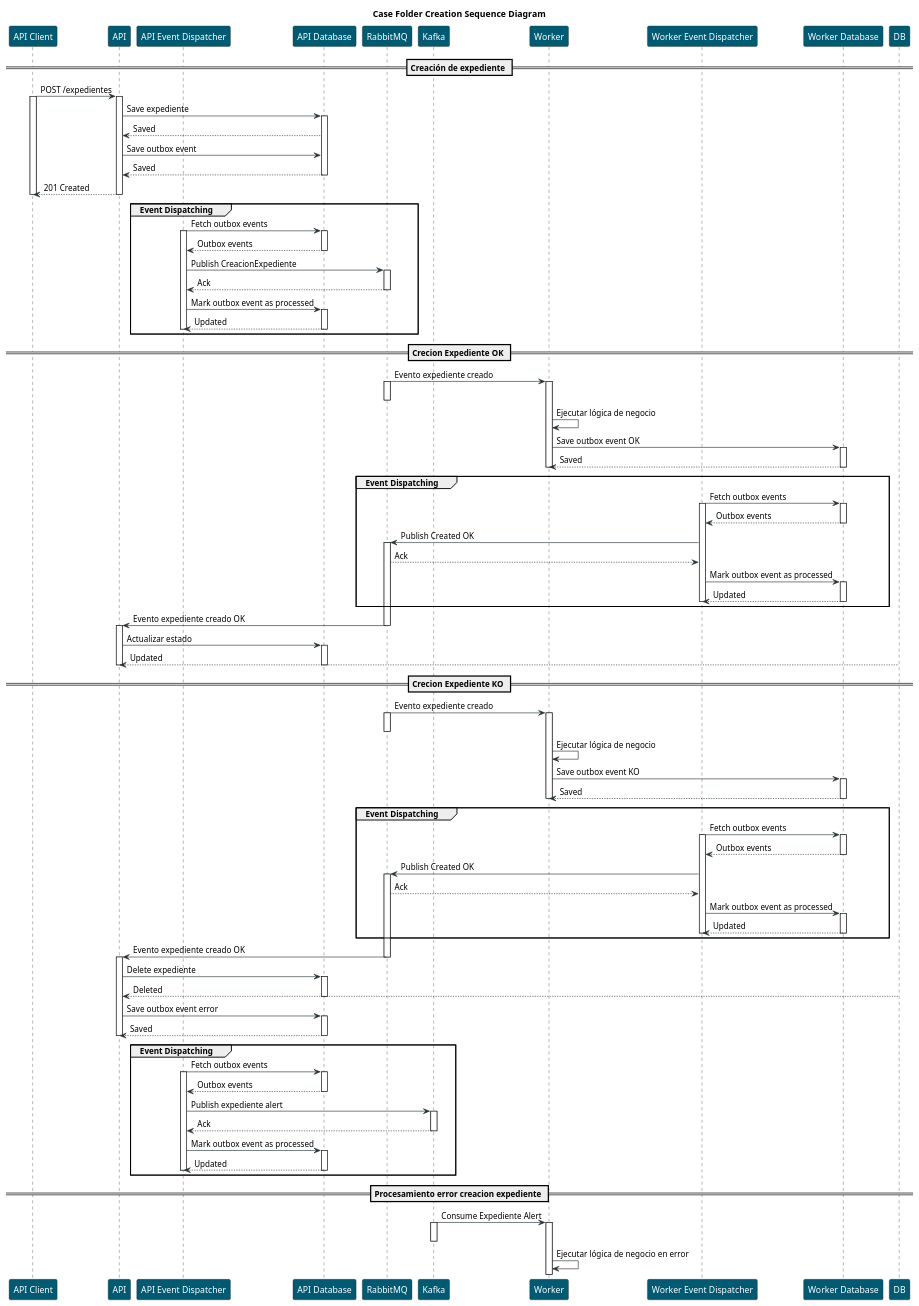
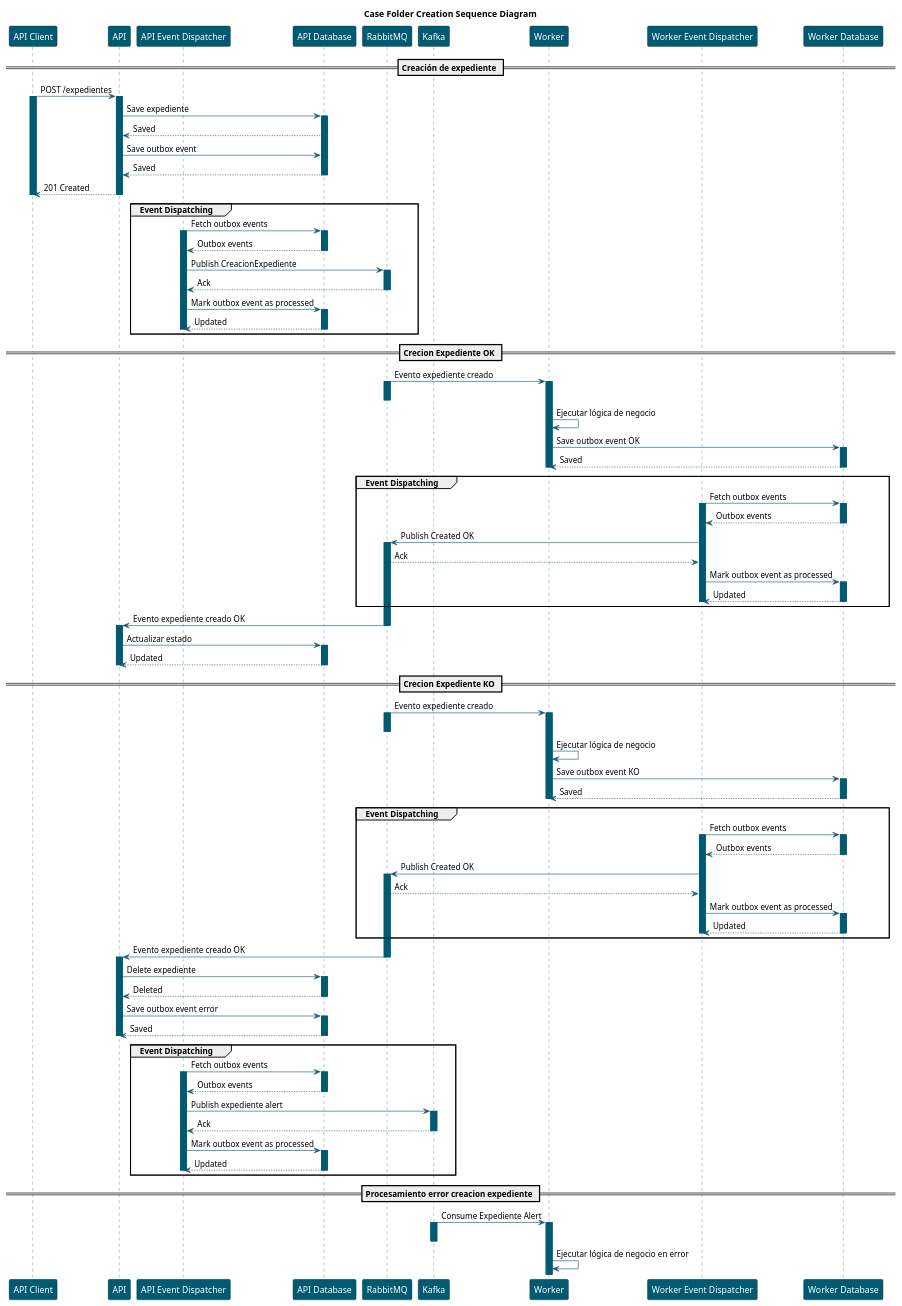
The diagram in diagrams/creacion-expediente-sequence.plantuml (labcabrera/sample-jakarta-basic-saga), drawn with PlantUML before and after one commit. The commit also changed 1 other file, not shown here.

Commit message:
Updated diagram.

```diff
--- a/diagrams/creacion-expediente-sequence.plantuml
+++ b/diagrams/creacion-expediente-sequence.plantuml
@@ -1,156 +1,160 @@
 @startuml Case Folder Creation Sequence Diagram
 title Case Folder Creation Sequence Diagram
 
-skinparam ParticipantBackgroundColor #005b72
-skinparam ParticipantFontColor #ffffff
-skinparam ArrowColor #263236
+skinparam sequence {
+    ParticipantBackgroundColor #005b72
+    ParticipantFontColor #ffffff
+    ArrowColor #235872
+    LifeLineBorderColor #005b72
+    LifeLineBackgroundColor #005b72
+}
 
 participant "API Client" as Client
 participant "API" as API
 participant "API Event Dispatcher" as ApiEventDispatcher
 participant "API Database" as ApiDB
 participant "RabbitMQ" as Rabbit
 participant "Kafka" as Kafka
 participant "Worker" as Worker
 participant "Worker Event Dispatcher" as WorkerEventDispatcher
 participant "Worker Database" as WorkerDB
 
 == Creación de expediente ==
 
 Client -> API: POST /expedientes
 activate Client
 activate API
 API -> ApiDB: Save expediente
 activate ApiDB
 ApiDB --> API: Saved
 API -> ApiDB: Save outbox event
 ApiDB --> API: Saved
 deactivate ApiDB
 API --> Client: 201 Created
 deactivate API
 deactivate Client
 
 group Event Dispatching
     ApiEventDispatcher -> ApiDB: Fetch outbox events
     activate ApiEventDispatcher
     activate ApiDB
     ApiDB --> ApiEventDispatcher: Outbox events
     deactivate ApiDB
     ApiEventDispatcher -> Rabbit: Publish CreacionExpediente
     activate Rabbit
     Rabbit --> ApiEventDispatcher: Ack
     deactivate Rabbit
     ApiEventDispatcher -> ApiDB: Mark outbox event as processed
     activate ApiDB
     ApiDB --> ApiEventDispatcher: Updated
     deactivate ApiDB
     deactivate ApiEventDispatcher
 end
 
 == Crecion Expediente OK ==
 
 Rabbit -> Worker: Evento expediente creado
 activate Rabbit
 deactivate Rabbit
 activate Worker
 Worker -> Worker: Ejecutar lógica de negocio
 Worker -> WorkerDB: Save outbox event OK
 activate WorkerDB
 WorkerDB --> Worker: Saved
 deactivate WorkerDB
 deactivate Worker
 
 group Event Dispatching
     WorkerEventDispatcher -> WorkerDB: Fetch outbox events
     activate WorkerEventDispatcher
     activate WorkerDB
     WorkerDB --> WorkerEventDispatcher: Outbox events
     deactivate WorkerDB
     WorkerEventDispatcher -> Rabbit: Publish Created OK
     activate Rabbit
     Rabbit --> WorkerEventDispatcher: Ack
     WorkerEventDispatcher -> WorkerDB: Mark outbox event as processed
     activate WorkerDB
     WorkerDB --> WorkerEventDispatcher: Updated
     deactivate WorkerEventDispatcher
     deactivate WorkerDB
 end
 
 Rabbit -> API: Evento expediente creado OK
 deactivate Rabbit
 activate API
 API -> ApiDB: Actualizar estado
 activate ApiDB
-DB --> API: Updated
+ApiDB --> API: Updated
 deactivate ApiDB
 deactivate API
 
 == Crecion Expediente KO ==
 
 Rabbit -> Worker: Evento expediente creado
 activate Rabbit
 deactivate Rabbit
 activate Worker
 Worker -> Worker: Ejecutar lógica de negocio
 Worker -> WorkerDB: Save outbox event KO
 activate WorkerDB
 WorkerDB --> Worker: Saved
 deactivate WorkerDB
 deactivate Worker
 
 group Event Dispatching
     WorkerEventDispatcher -> WorkerDB: Fetch outbox events
     activate WorkerEventDispatcher
     activate WorkerDB
     WorkerDB --> WorkerEventDispatcher: Outbox events
     deactivate WorkerDB
     WorkerEventDispatcher -> Rabbit: Publish Created OK
     activate Rabbit
     Rabbit --> WorkerEventDispatcher: Ack
     WorkerEventDispatcher -> WorkerDB: Mark outbox event as processed
     activate WorkerDB
     WorkerDB --> WorkerEventDispatcher: Updated
     deactivate WorkerEventDispatcher
     deactivate WorkerDB
 end
 
 Rabbit -> API: Evento expediente creado OK
 deactivate Rabbit
 activate API
 API -> ApiDB: Delete expediente
 activate ApiDB
-DB --> API: Deleted
+ApiDB --> API: Deleted
 deactivate ApiDB
 
 API -> ApiDB: Save outbox event error
 activate ApiDB
 ApiDB --> API: Saved
 deactivate ApiDB
 deactivate API
 
 group Event Dispatching
     ApiEventDispatcher -> ApiDB: Fetch outbox events
     activate ApiEventDispatcher
     activate ApiDB
     ApiDB --> ApiEventDispatcher: Outbox events
     deactivate ApiDB
     ApiEventDispatcher -> Kafka: Publish expediente alert
     activate Kafka
     Kafka --> ApiEventDispatcher: Ack
     deactivate Kafka
     ApiEventDispatcher -> ApiDB: Mark outbox event as processed
     activate ApiDB
     ApiDB --> ApiEventDispatcher: Updated
     deactivate ApiDB
     deactivate ApiEventDispatcher
 end
 
 == Procesamiento error creacion expediente ==
 
 Kafka -> Worker: Consume Expediente Alert
 Activate Kafka
 deactivate Kafka
 activate Worker
 Worker -> Worker: Ejecutar lógica de negocio en error
 
 @enduml
```
